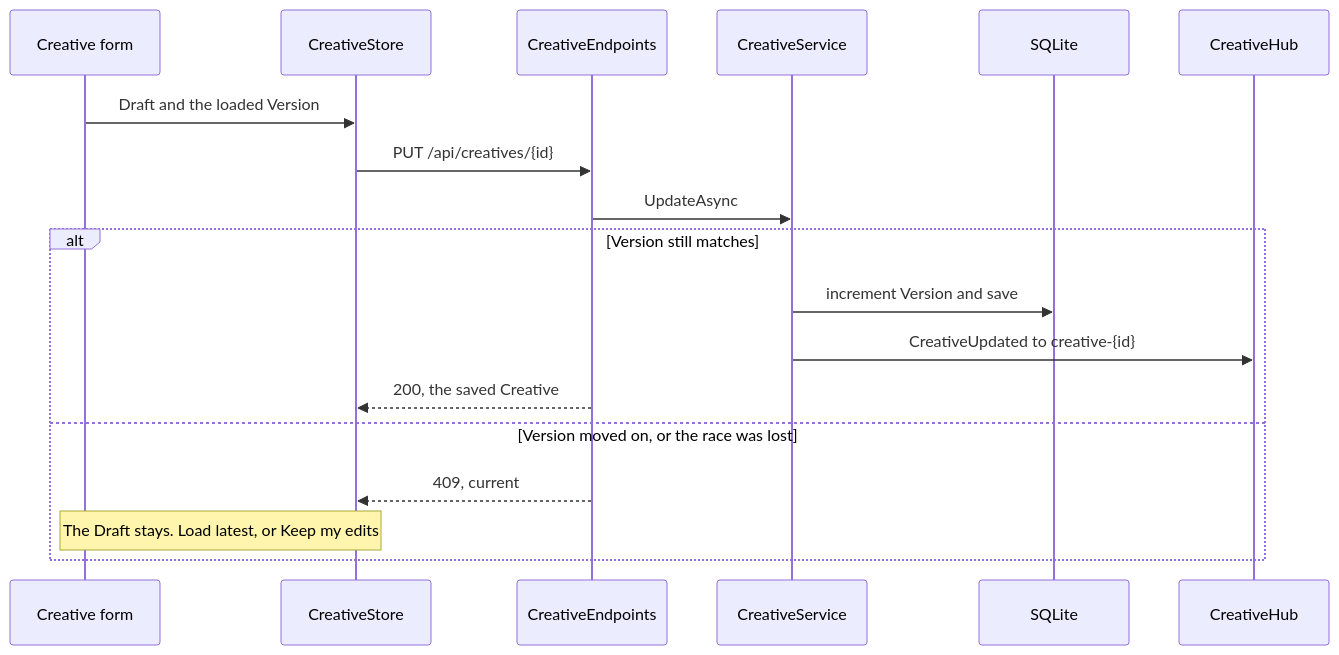
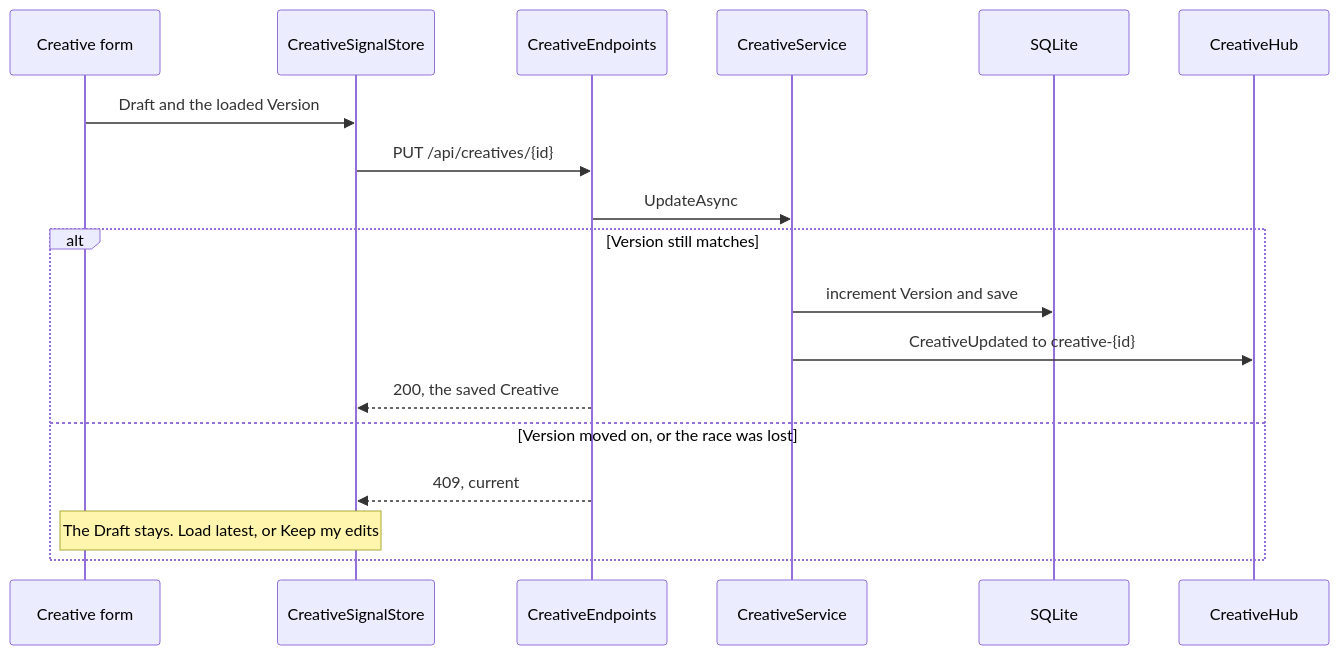
Before and after one commit to SDS37/CreativeCollab: the third of 4 diagrams in docs/architecture.md, drawn with Mermaid. The commit also changed other lines of this file and 11 other files, not shown here.

First line of the commit message:
refactor(web): hold screen state in a signal store

````diff
--- a/docs/architecture.md
+++ b/docs/architecture.md
@@ -61,21 +61,21 @@
 ```mermaid
 sequenceDiagram
   participant Form as Creative form
-  participant Store as CreativeStore
+  participant Store as CreativeSignalStore
   participant API as CreativeEndpoints
   participant Svc as CreativeService
   participant DB as SQLite
   participant Hub as CreativeHub
 
   Form->>Store: Draft and the loaded Version
   Store->>API: PUT /api/creatives/{id}
   API->>Svc: UpdateAsync
   alt Version still matches
     Svc->>DB: increment Version and save
     Svc->>Hub: CreativeUpdated to creative-{id}
     API-->>Store: 200, the saved Creative
   else Version moved on, or the race was lost
     API-->>Store: 409, current
     Note over Store,Form: The Draft stays. Load latest, or Keep my edits
   end
 ```
````
